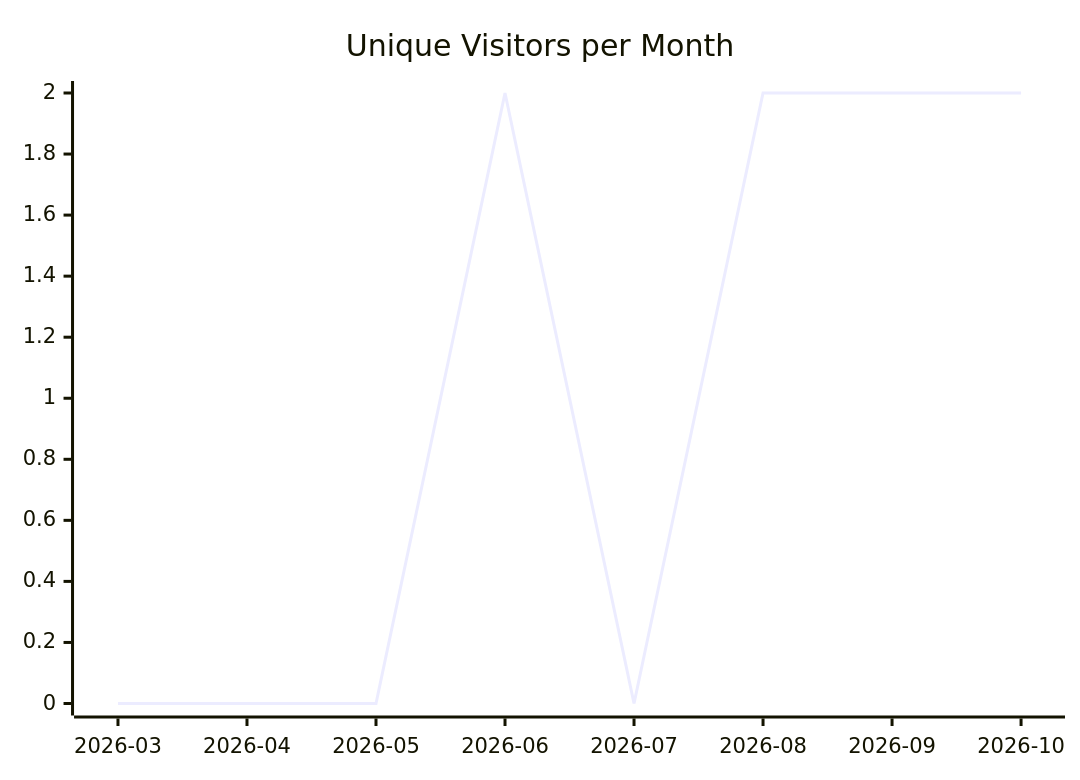
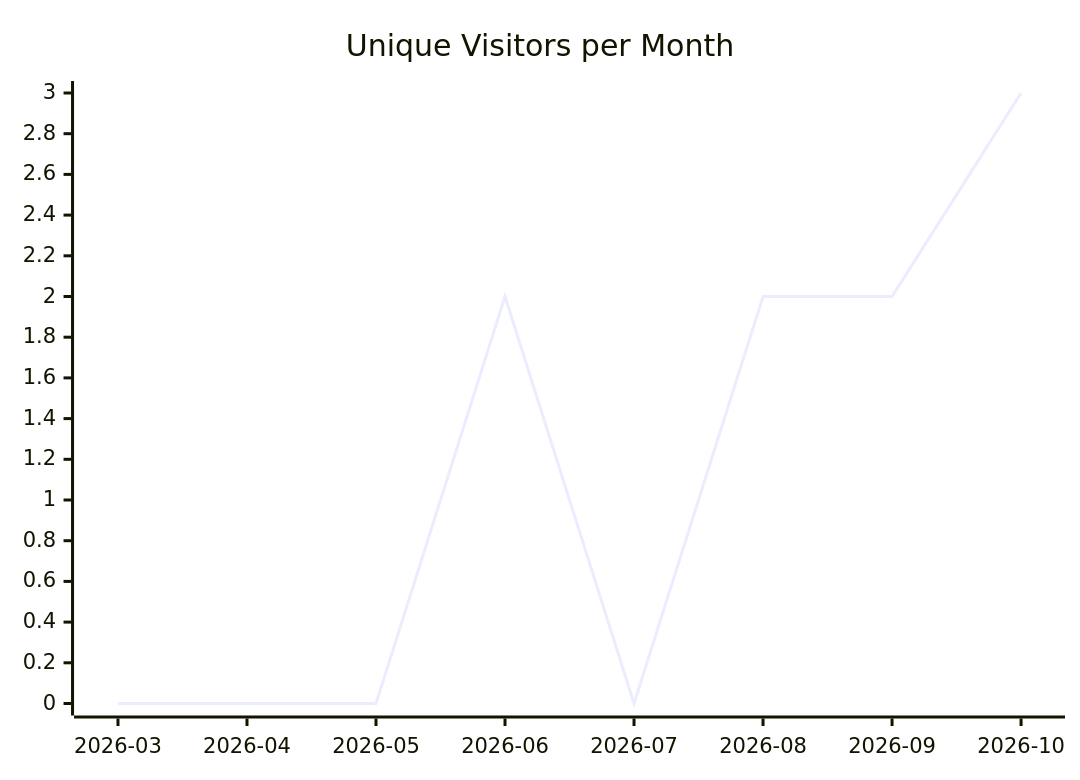
One commit to justdavis-family/github-analytics-data changed the first of 3 diagrams in karlmdavis/ansible-role-ldap/README.md. Above: the diagram before and after it, drawn with Mermaid. The commit also changed other lines of this file and 198 other files, not shown here.

````diff
--- a/karlmdavis/ansible-role-ldap/README.md
+++ b/karlmdavis/ansible-role-ldap/README.md
@@ -5,6 +5,6 @@
 ```mermaid
 xychart-beta
   title "Unique Visitors per Month"
   x-axis ["2026-03", "2026-04", "2026-05", "2026-06", "2026-07", "2026-08", "2026-09", "2026-10"]
-  line [0, 0, 0, 2, 0, 2, 2, 2]
+  line [0, 0, 0, 2, 0, 2, 2, 3]
 ```
````
